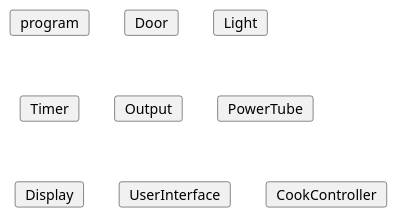
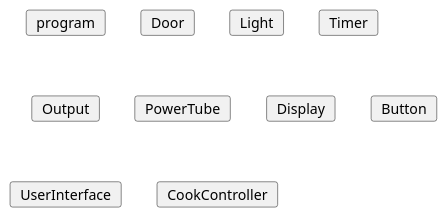
Before and after one commit to mikkel-ol/I4SWT-MicrowaveOven: the diagram in docs/Tree.plantuml, drawn with PlantUML. The commit also changed 5 other files, not shown here.

```diff
--- a/docs/Tree.plantuml
+++ b/docs/Tree.plantuml
@@ -2,19 +2,22 @@
 @startuml
 
 card program        
 
 card Door
 card Light
 card Timer
 card Output 
 card PowerTube
 card Display
+card Button
 
 card UserInterface
 card CookController
+
+
 
 'Relations:
 'program --> controller
 
 
 @enduml
```
